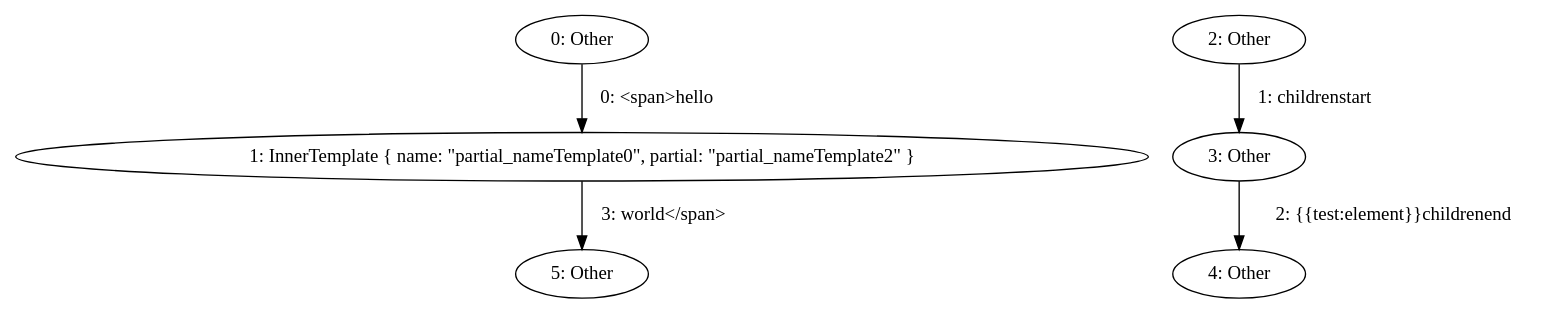
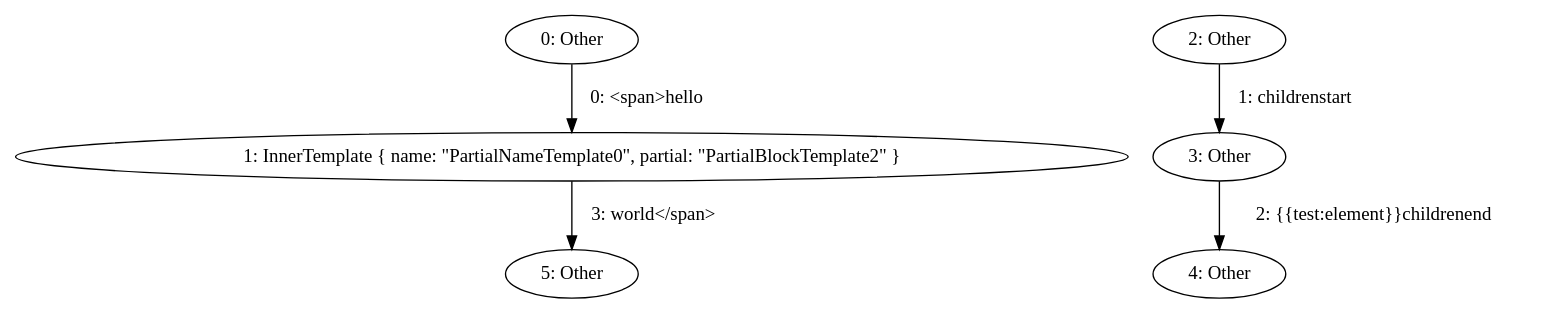
The diagram in partial_block.dot (mohe2015/zero-cost-templating), drawn with Graphviz before and after one commit. The commit also changed 1 other file, not shown here.

```diff
--- a/partial_block.dot
+++ b/partial_block.dot
@@ -1,12 +1,12 @@
 digraph {
     0 [ label = "0: Other" ]
-    1 [ label = "1: InnerTemplate { name: \"partial_nameTemplate0\", partial: \"partial_nameTemplate2\" }" ]
+    1 [ label = "1: InnerTemplate { name: \"PartialNameTemplate0\", partial: \"PartialBlockTemplate2\" }" ]
     2 [ label = "2: Other" ]
     3 [ label = "3: Other" ]
     4 [ label = "4: Other" ]
     5 [ label = "5: Other" ]
     0 -> 1 [ label = "0: <span>hello" ]
     2 -> 3 [ label = "1: childrenstart" ]
     3 -> 4 [ label = "2: {{test:element}}childrenend" ]
     1 -> 5 [ label = "3: world</span>" ]
 }
```
